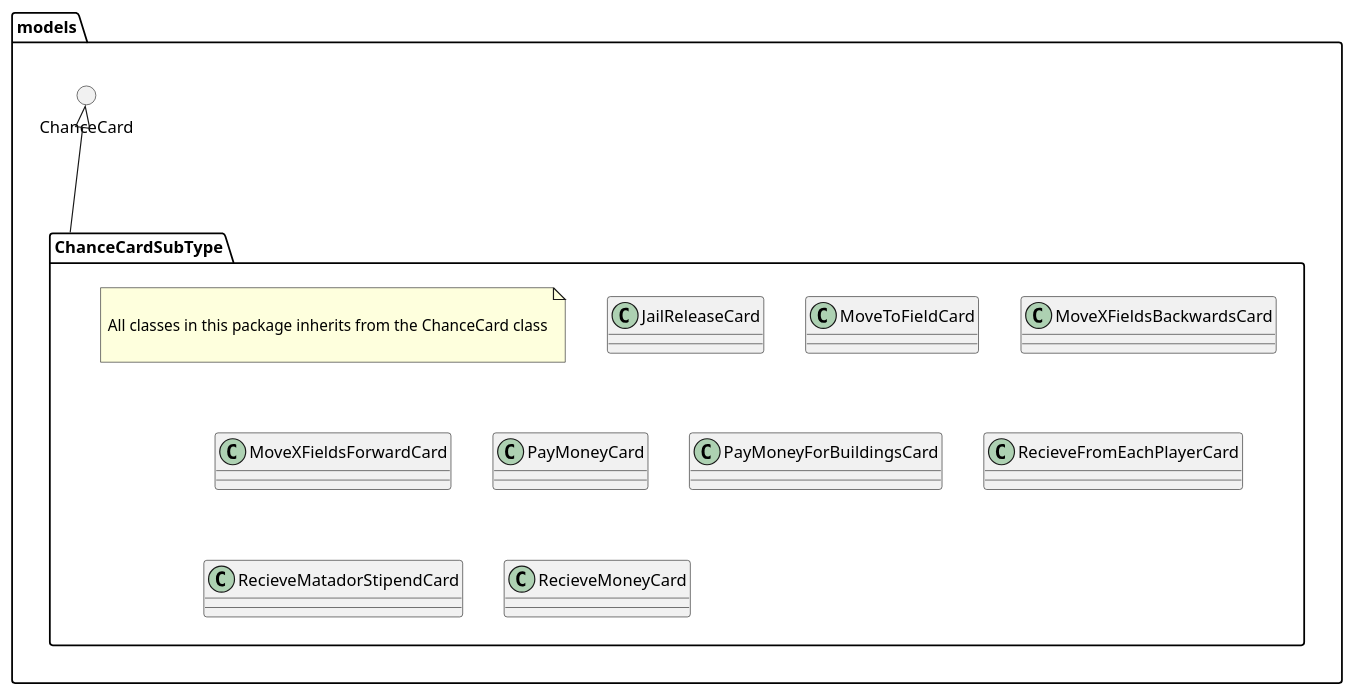
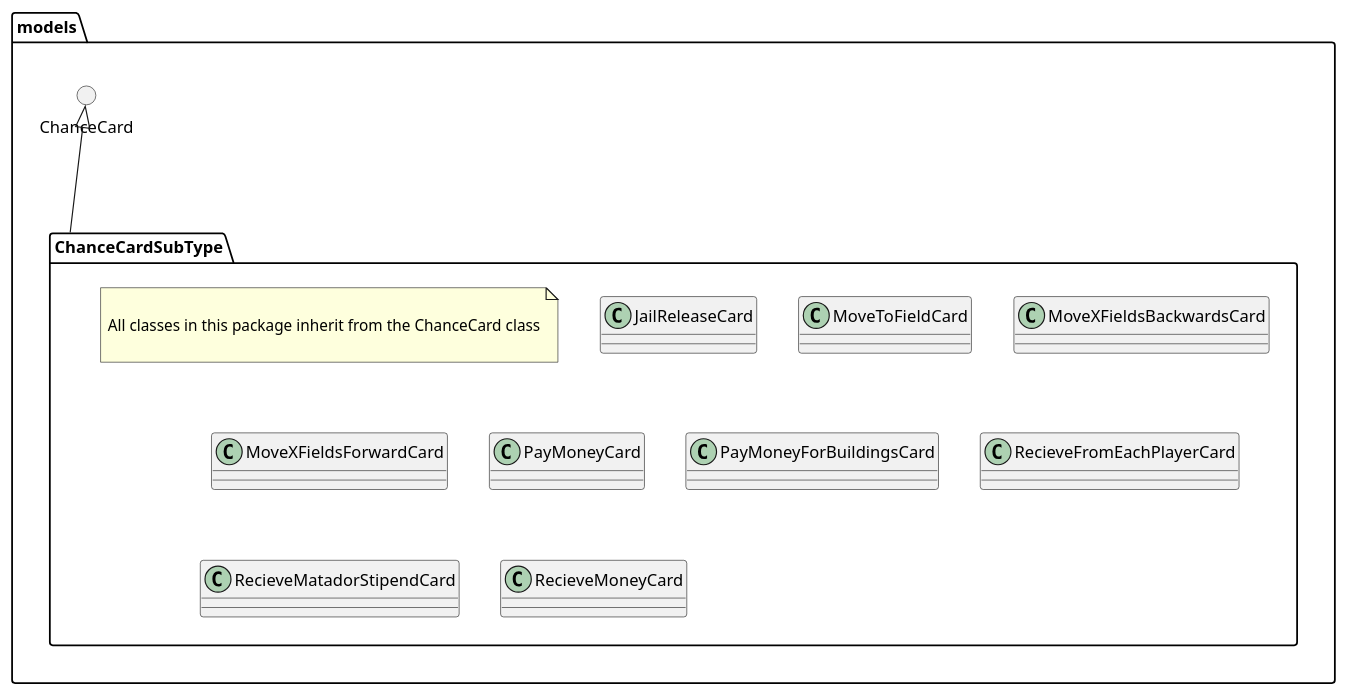
One commit to GabeKierk889/gruppe-18 changed the diagram in 18_final/UML/DesignClassDiagram/ChanceCardSubType.puml. Above: the diagram before and after it, drawn with PlantUML. The commit also changed 1 other file, not shown here.

Commit message:
updated diagrams again.....

```diff
--- a/18_final/UML/DesignClassDiagram/ChanceCardSubType.puml
+++ b/18_final/UML/DesignClassDiagram/ChanceCardSubType.puml
@@ -1,35 +1,35 @@
 @startuml
 'https://plantuml.com/class-diagram
 skinparam classAttributeIconSize 0
 skinparam ParticipantPadding 30
 
 package models {
 
 () ChanceCard
 
 package ChanceCardSubType {
 
 note as note
 
-All classes in this package inherits from the ChanceCard class
+All classes in this package inherit from the ChanceCard class
 
 end note
 
 class JailReleaseCard
 class MoveToFieldCard
 class MoveXFieldsBackwardsCard
 class MoveXFieldsForwardCard
 class PayMoneyCard
 class PayMoneyForBuildingsCard
 class RecieveFromEachPlayerCard
 class RecieveMatadorStipendCard
 class RecieveMoneyCard
 
 }
 
 }
 
 ChanceCard <|--- ChanceCardSubType
 
 
 @enduml
```
